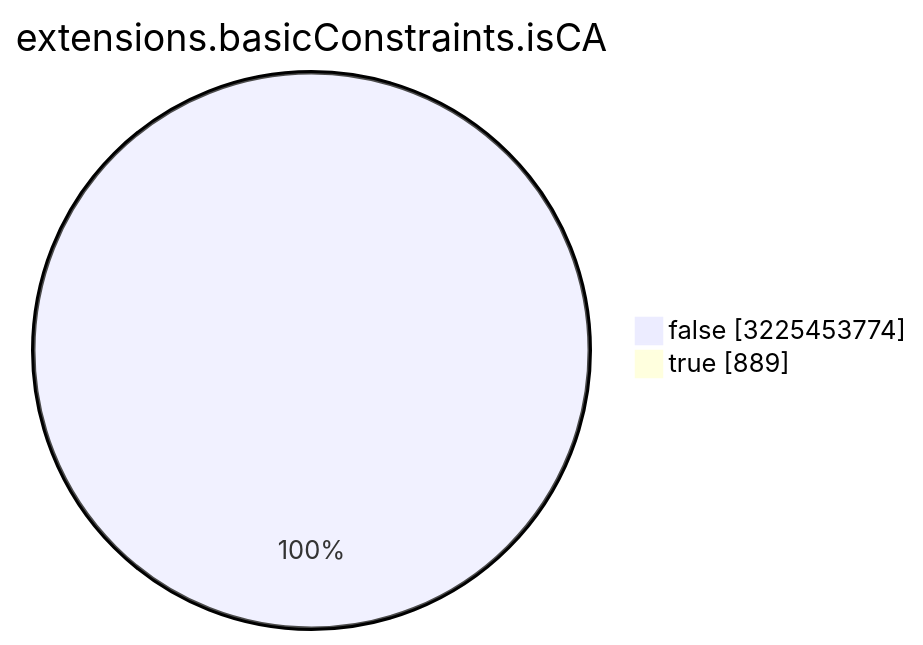
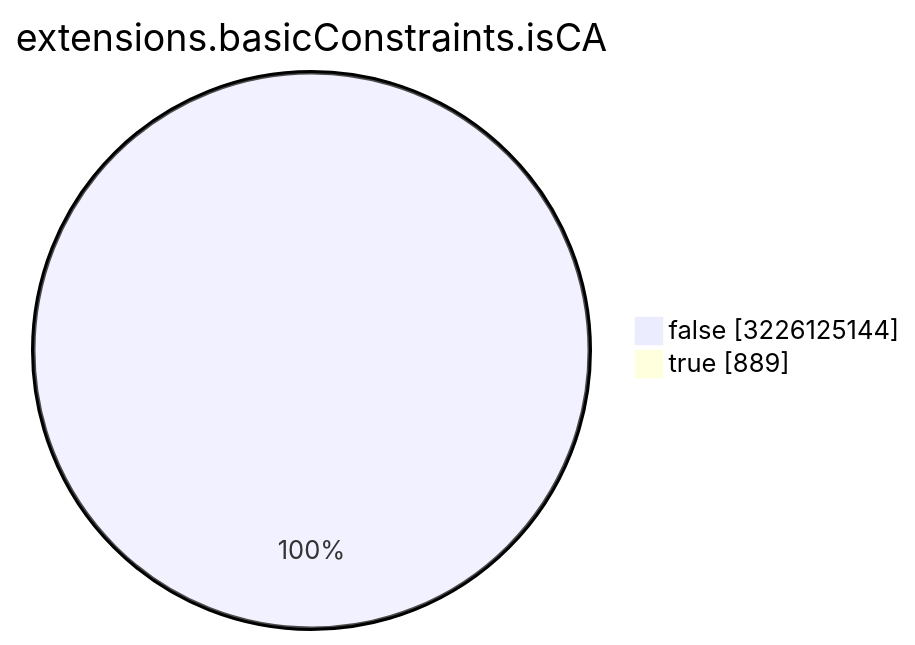
The seventh of 15 diagrams in TOTAL/README.md (christiankrug/ctmonitor_visualization), drawn with Mermaid before and after one commit. The commit also changed other lines of this file, not shown here.

````diff
--- a/TOTAL/README.md
+++ b/TOTAL/README.md
@@ -3088,6 +3088,6 @@
 ```mermaid
 pie showData
 title extensions.basicConstraints.isCA
-"false" :3225453774
+"false" :3226125144
 "true" :889
 ```
````
